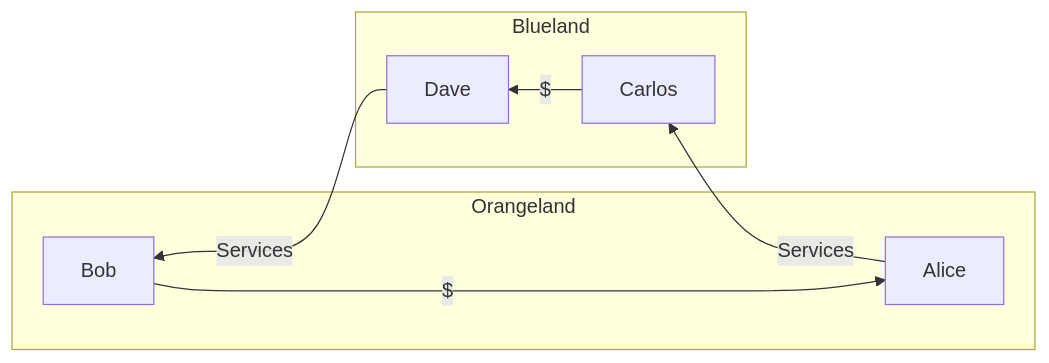
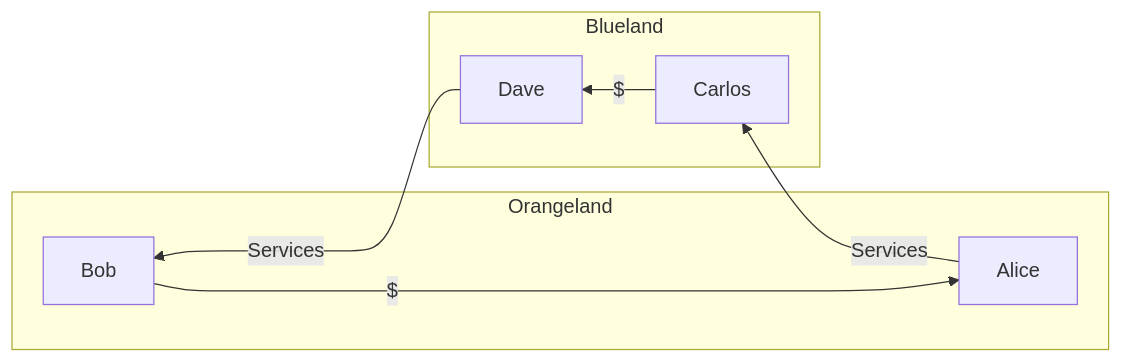
One commit to johnthesmith/scraps changed the fourth of 4 diagrams in en/gap.md. Above: the diagram before and after it, drawn with Mermaid.

````diff
--- a/en/gap.md
+++ b/en/gap.md
@@ -68,18 +68,18 @@
 ```mermaid
 graph RL
     subgraph Orangeland
         Alice
         Bob
     end
 
     subgraph Blueland
         Carlos
         Dave
     end
 
     Alice
     --> |Services| Carlos
     --> |$| Dave
-    ---> |Services| Bob
+    ----> |Services| Bob
     --> |$| Alice
 ```
````
